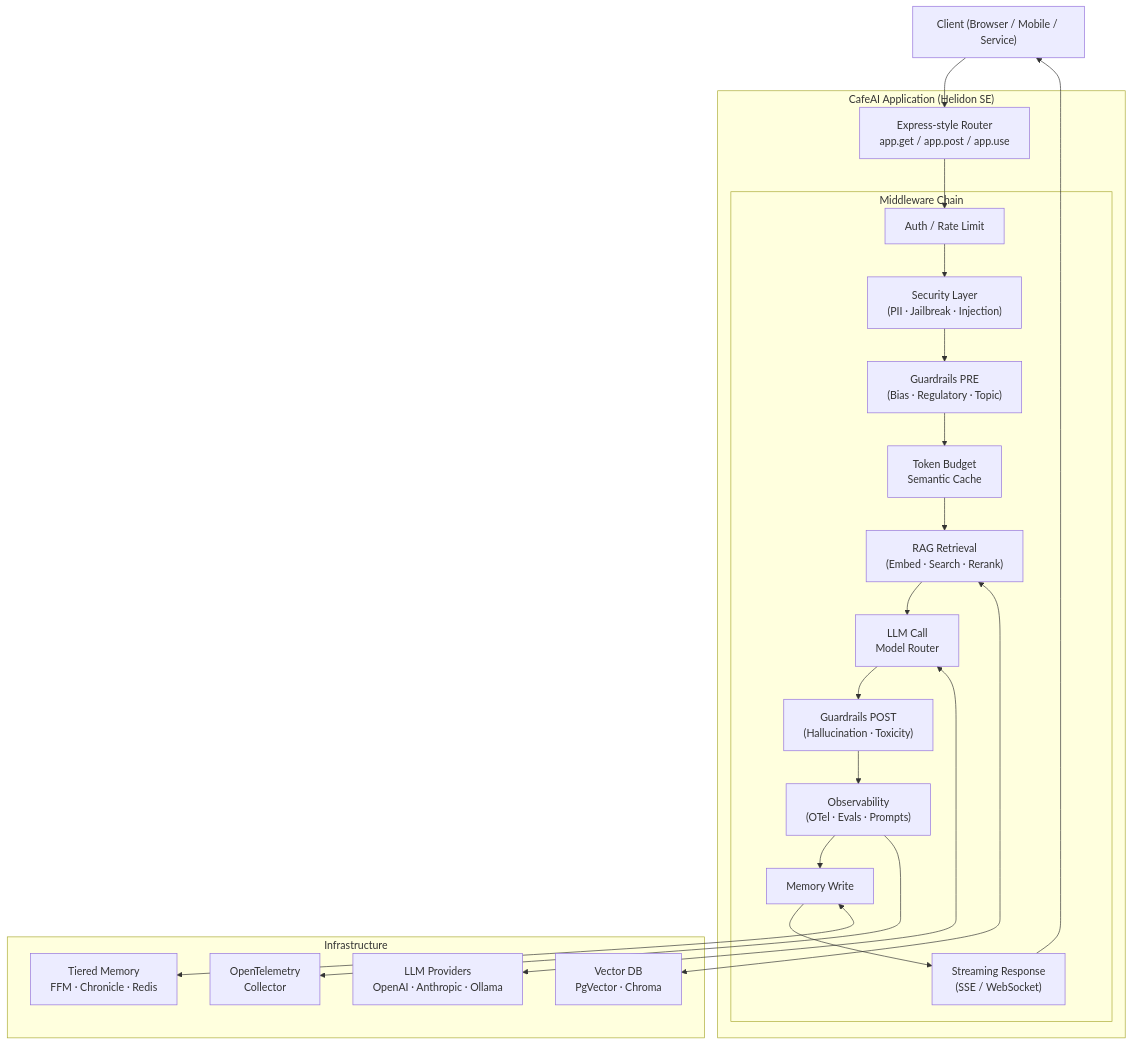
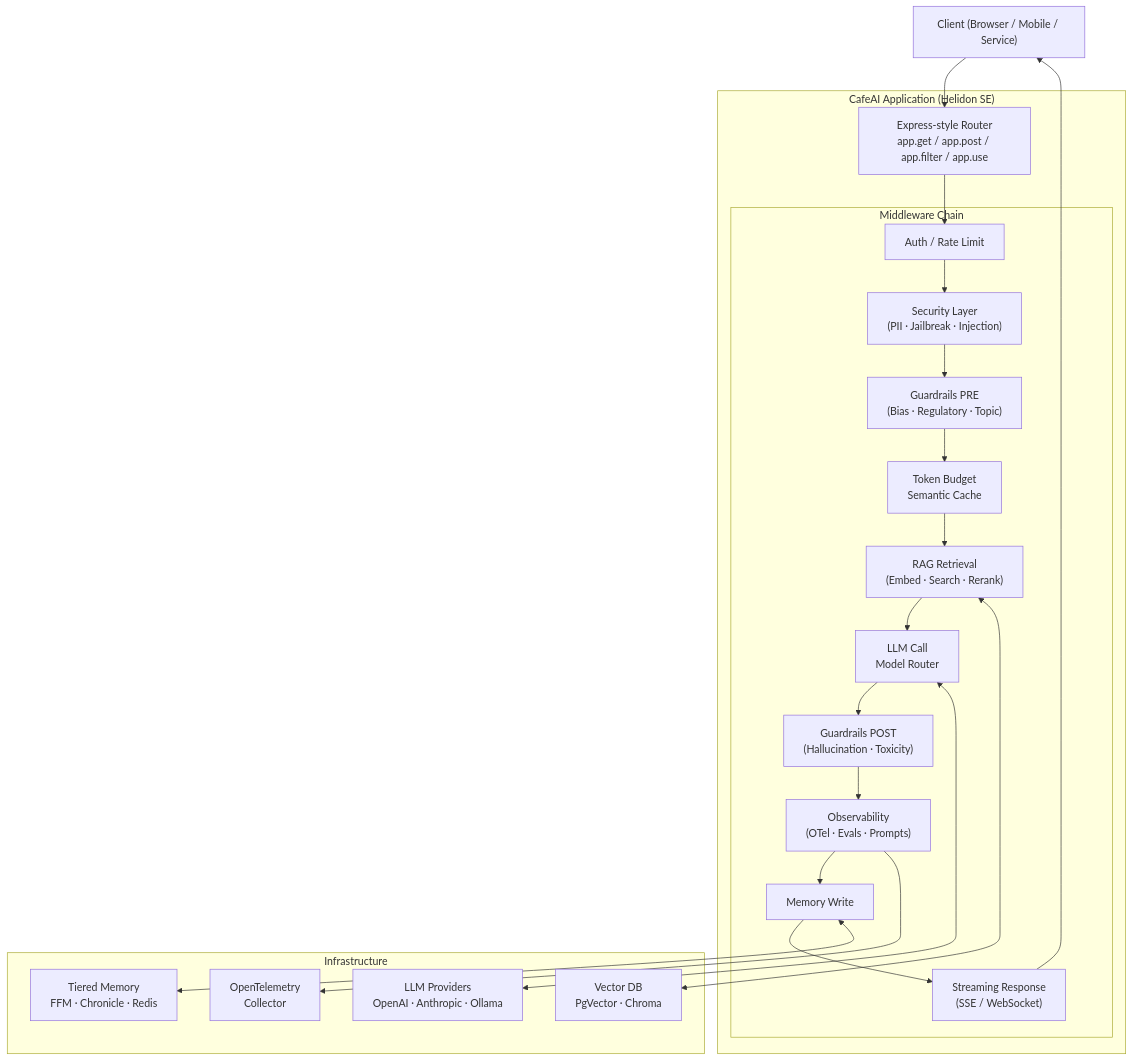
The diagram in docs/SPEC.md (akilisha/cafeai), drawn with Mermaid before and after one commit. The commit also changed other lines of this file and 49 other files, not shown here.

Commit message:
phase 1 roadmap

````diff
--- a/docs/SPEC.md
+++ b/docs/SPEC.md
@@ -105,38 +105,38 @@
 ```mermaid
 graph TD
     Client["Client (Browser / Mobile / Service)"]
 
     subgraph CafeAI["CafeAI Application (Helidon SE)"]
-        Router["Express-style Router\napp.get / app.post / app.use"]
+        Router["Express-style Router\napp.get / app.post / app.filter / app.use"]
 
         subgraph MW["Middleware Chain"]
             Auth["Auth / Rate Limit"]
             Security["Security Layer\n(PII · Jailbreak · Injection)"]
             GuardPre["Guardrails PRE\n(Bias · Regulatory · Topic)"]
             Cost["Token Budget\nSemantic Cache"]
             RAG["RAG Retrieval\n(Embed · Search · Rerank)"]
             LLM["LLM Call\nModel Router"]
             GuardPost["Guardrails POST\n(Hallucination · Toxicity)"]
             Observe["Observability\n(OTel · Evals · Prompts)"]
             MemWrite["Memory Write"]
             Stream["Streaming Response\n(SSE / WebSocket)"]
         end
 
         Router --> Auth --> Security --> GuardPre --> Cost --> RAG --> LLM
         LLM --> GuardPost --> Observe --> MemWrite --> Stream
     end
 
     subgraph Infra["Infrastructure"]
         MemTier["Tiered Memory\nFFM · Chronicle · Redis"]
         VectorDB["Vector DB\nPgVector · Chroma"]
         Providers["LLM Providers\nOpenAI · Anthropic · Ollama"]
         OTel["OpenTelemetry\nCollector"]
     end
 
     Client --> Router
     Stream --> Client
     MemWrite <--> MemTier
     RAG <--> VectorDB
     LLM <--> Providers
     Observe --> OTel
 ```
````
